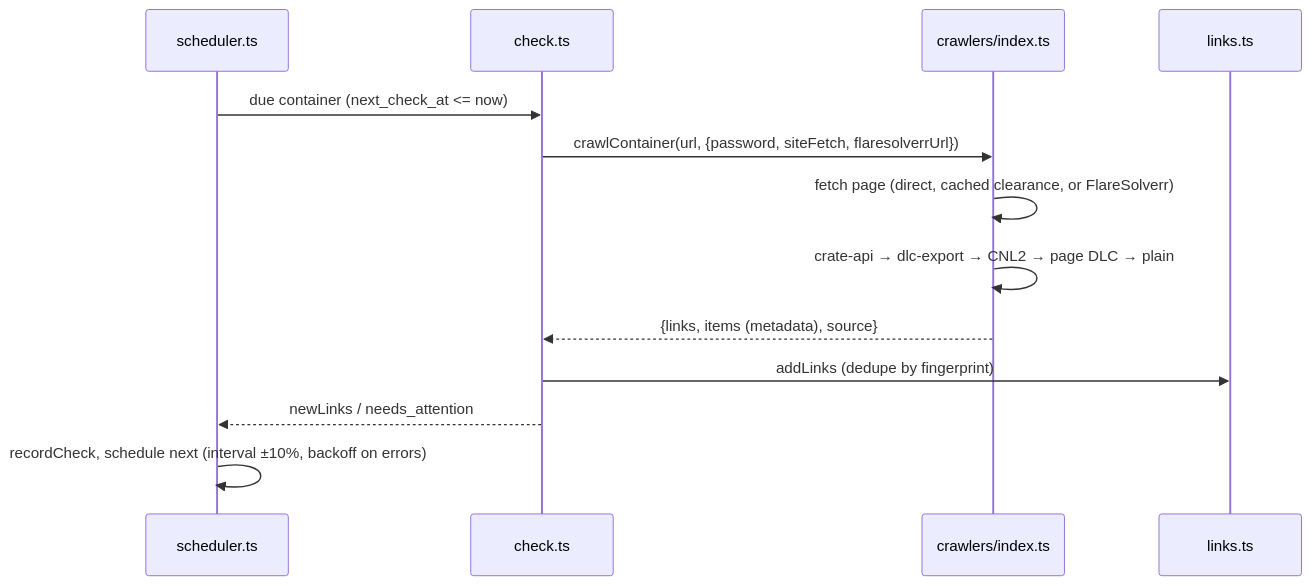
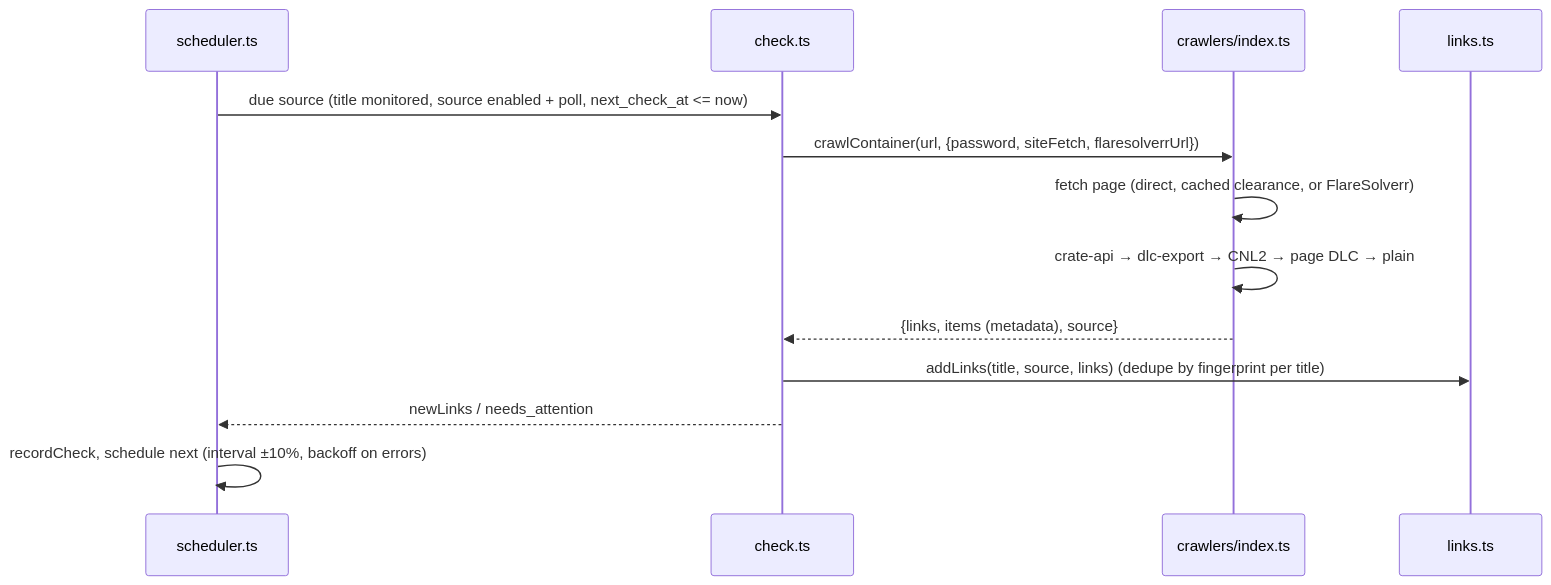
Before and after one commit to ibby92/riparr: the second of 4 diagrams in docs/architecture.md, drawn with Mermaid. The commit also changed other lines of this file and 142 other files, not shown here.

````diff
--- a/docs/architecture.md
+++ b/docs/architecture.md
@@ -41,15 +41,15 @@
 ```mermaid
 sequenceDiagram
   participant S as scheduler.ts
   participant C as check.ts
   participant K as crawlers/index.ts
   participant L as links.ts
-  S->>C: due container (next_check_at <= now)
+  S->>C: due source (title monitored, source enabled + poll, next_check_at <= now)
   C->>K: crawlContainer(url, {password, siteFetch, flaresolverrUrl})
   K->>K: fetch page (direct, cached clearance, or FlareSolverr)
   K->>K: crate-api → dlc-export → CNL2 → page DLC → plain
   K-->>C: {links, items (metadata), source}
-  C->>L: addLinks (dedupe by fingerprint)
+  C->>L: addLinks(title, source, links) (dedupe by fingerprint per title)
   C-->>S: newLinks / needs_attention
   S->>S: recordCheck, schedule next (interval ±10%, backoff on errors)
 ```
````
